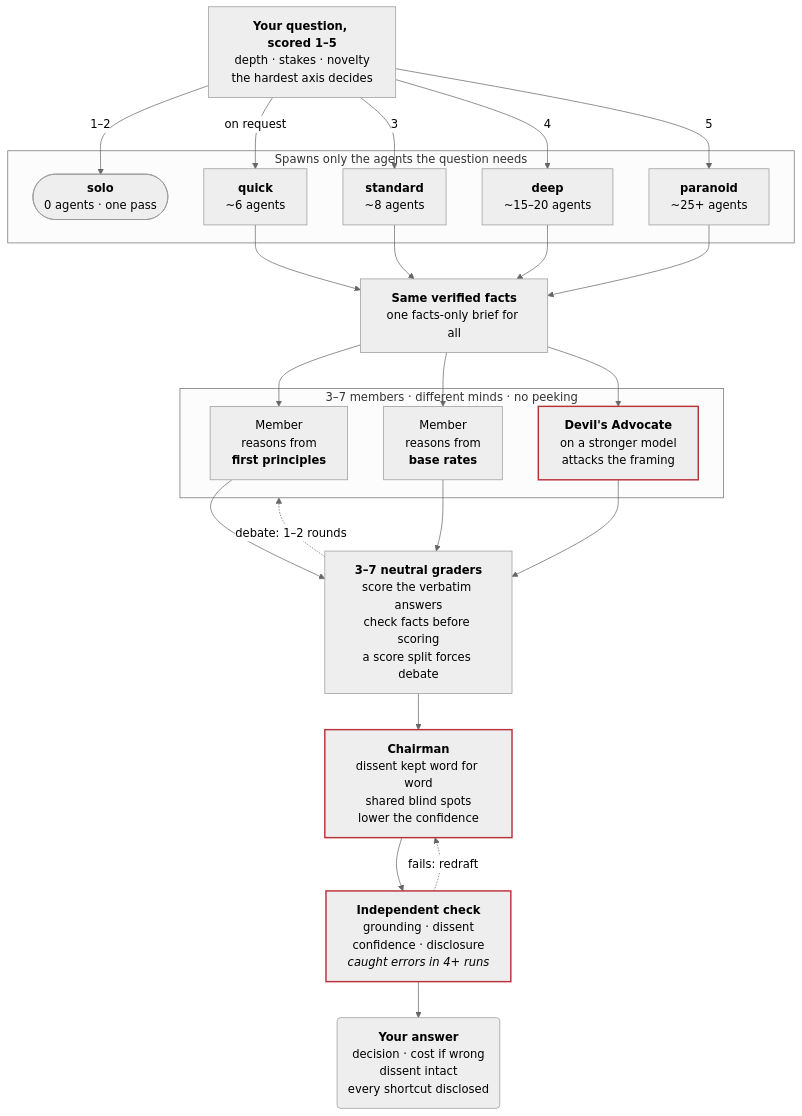
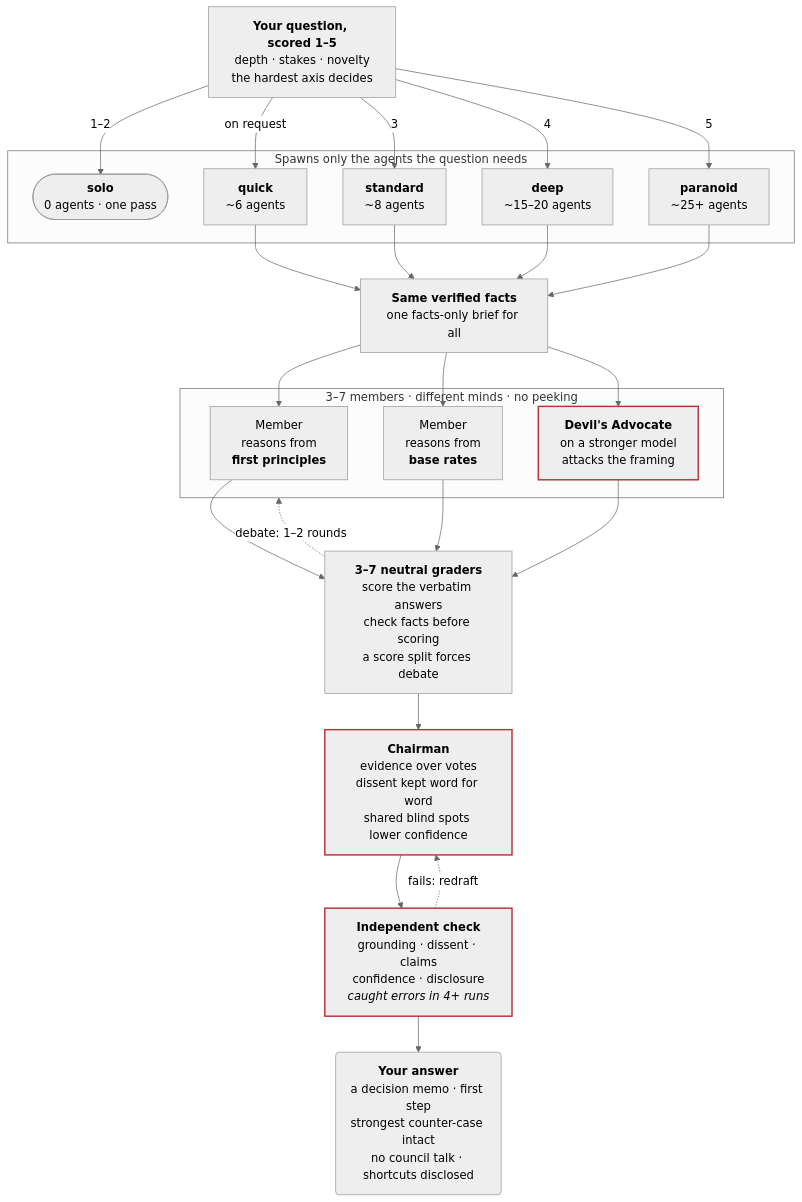
One commit to Ali-expandings/wise-men changed the diagram in README.md. Above: the diagram before and after it, drawn with Mermaid (neutral theme). The commit also changed other lines of this file and 11 other files, not shown here.

Commit message:
3.10.0: decision-memo answer, evidence over votes, claims check — from head-to-head round 2 and a deep-tier council run

````diff
--- a/README.md
+++ b/README.md
@@ -178,32 +178,32 @@
 ```mermaid
 flowchart TB
     Q["<b>Your question, scored 1–5</b><br/>depth · stakes · novelty<br/>the hardest axis decides"]
     Q -->|"1–2"| T0
     Q -->|"on request"| T1
     Q -->|"3"| T2
     Q -->|"4"| T3
     Q -->|"5"| T4
     subgraph tiers["Spawns only the agents the question needs"]
         T0(["<b>solo</b><br/>0 agents · one pass"])
         T1["<b>quick</b><br/>~6 agents"]
         T2["<b>standard</b><br/>~8 agents"]
         T3["<b>deep</b><br/>~15–20 agents"]
         T4["<b>paranoid</b><br/>~25+ agents"]
     end
     T1 & T2 & T3 & T4 --> B["<b>Same verified facts</b><br/>one facts-only brief for all"]
     B --> M1 & M2 & M3
     subgraph council["3–7 members · different minds · no peeking"]
         M1["Member<br/>reasons from<br/><b>first principles</b>"]
         M2["Member<br/>reasons from<br/><b>base rates</b>"]
         M3["<b>Devil's Advocate</b><br/>on a stronger model<br/>attacks the framing"]
     end
     M1 & M2 & M3 --> G["<b>3–7 neutral graders</b><br/>score the verbatim answers<br/>check facts before scoring<br/>a score split forces debate"]
     G -.->|"debate: 1–2 rounds"| council
-    G --> C["<b>Chairman</b><br/>dissent kept word for word<br/>shared blind spots<br/>lower the confidence"]
-    C --> K["<b>Independent check</b><br/>grounding · dissent<br/>confidence · disclosure<br/><i>caught errors in 4+ runs</i>"]
+    G --> C["<b>Chairman</b><br/>evidence over votes<br/>dissent kept word for word<br/>shared blind spots lower confidence"]
+    C --> K["<b>Independent check</b><br/>grounding · dissent · claims<br/>confidence · disclosure<br/><i>caught errors in 4+ runs</i>"]
     K -.->|"fails: redraft"| C
-    K --> A("<b>Your answer</b><br/>decision · cost if wrong<br/>dissent intact<br/>every shortcut disclosed")
+    K --> A("<b>Your answer</b><br/>a decision memo · first step<br/>strongest counter-case intact<br/>no council talk · shortcuts disclosed")
 
     classDef key stroke:#b8323a,stroke-width:2px
     class M3,C,K key
 ```
````
